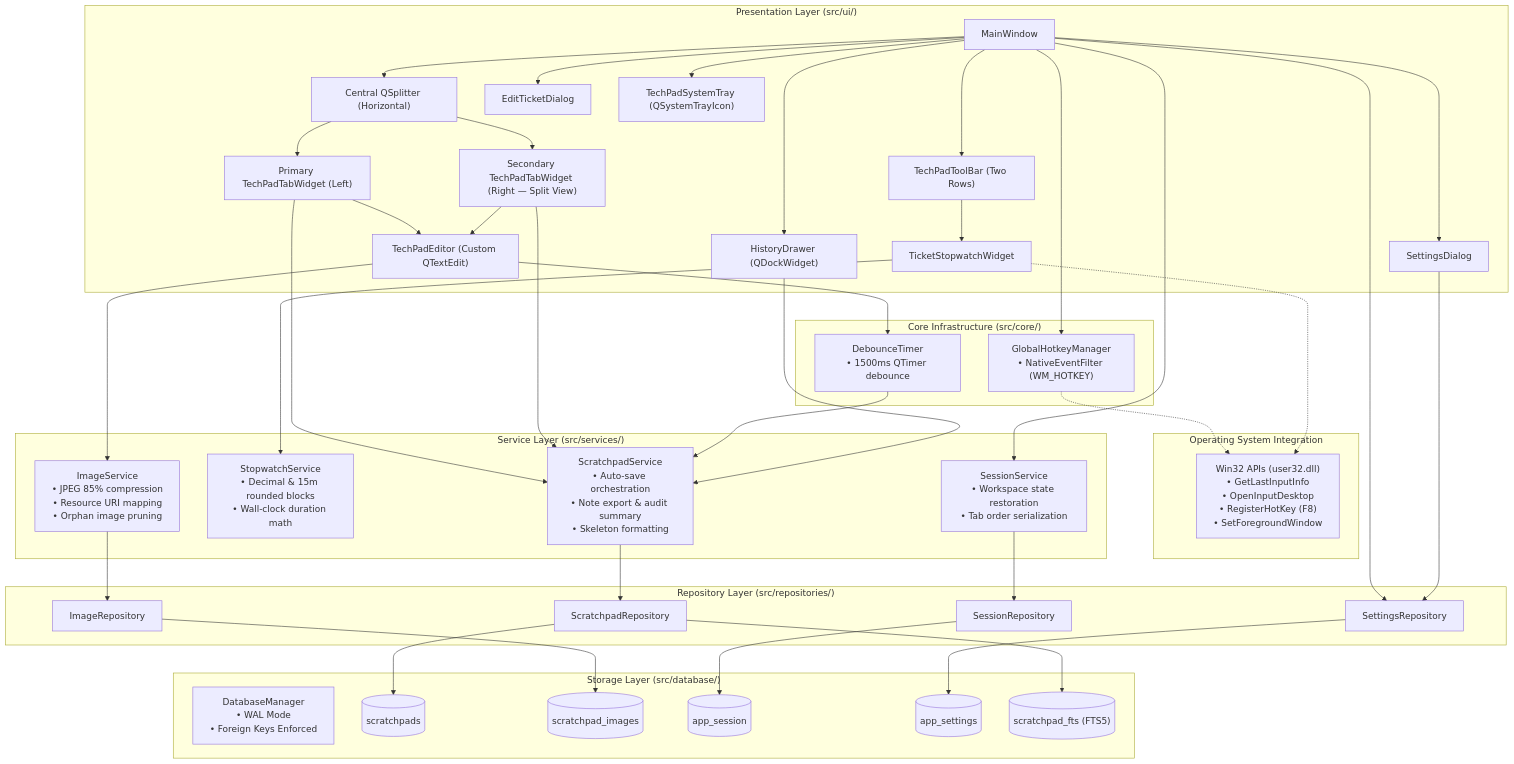
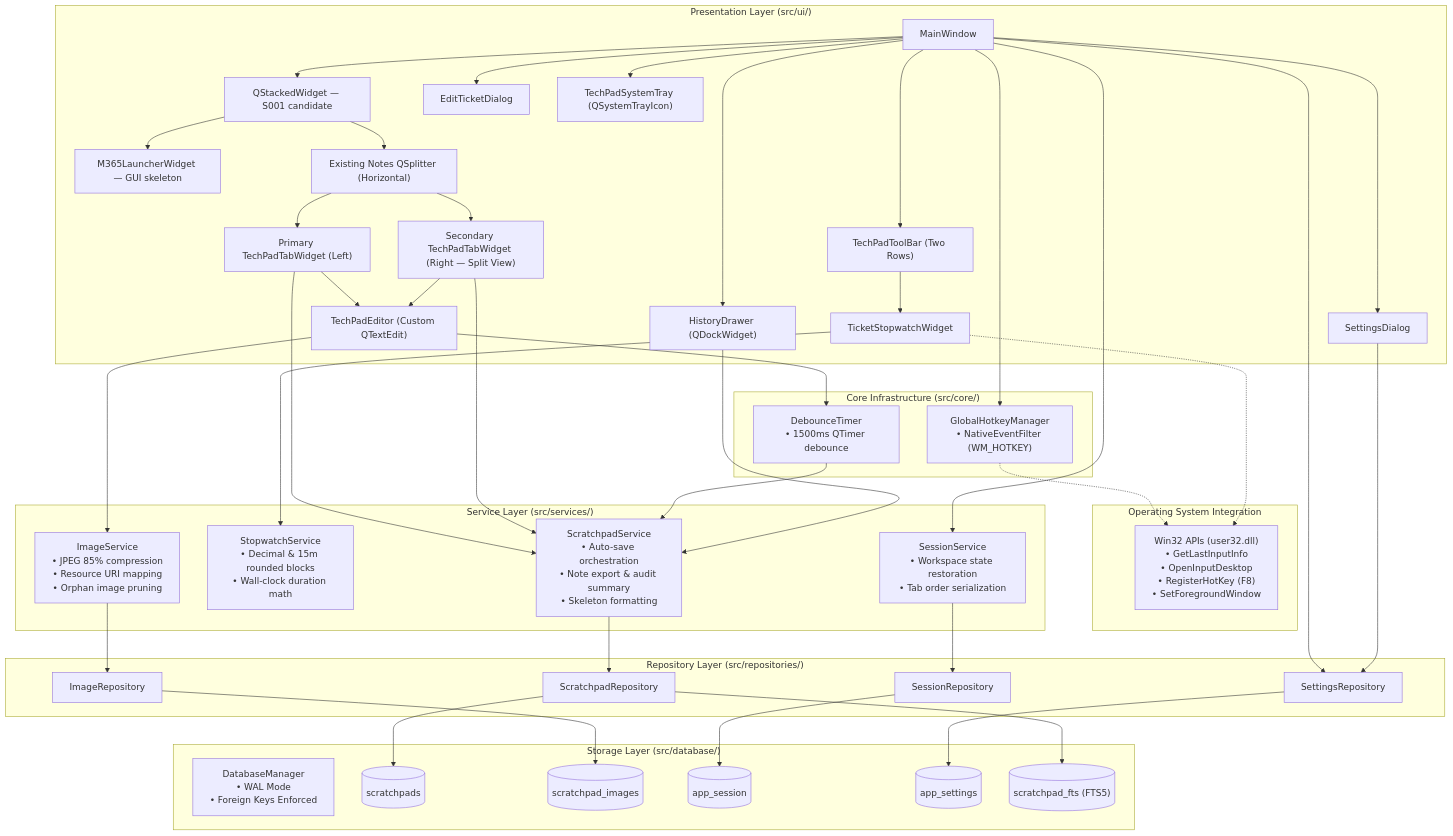
Before and after one commit to JDecelles1990/T-Notes: the diagram in docs/architecture/system-overview.md, drawn with Mermaid. The commit also changed other lines of this file and 11 other files, not shown here.

```diff
--- a/docs/architecture/system-overview.md
+++ b/docs/architecture/system-overview.md
@@ -8,7 +50,9 @@
 flowchart TD
     subgraph Presentation ["Presentation Layer (src/ui/)"]
         MW["MainWindow"]
-        SPLIT["Central QSplitter (Horizontal)"]
+        STACK["QStackedWidget — S001 candidate"]
+        M365["M365LauncherWidget — GUI skeleton"]
+        SPLIT["Existing Notes QSplitter (Horizontal)"]
         TW["Primary TechPadTabWidget (Left)"]
         TW2["Secondary TechPadTabWidget (Right — Split View)"]
         ED["TechPadEditor (Custom QTextEdit)"]
@@ -52,7 +96,9 @@
         T_FTS[("scratchpad_fts (FTS5)")]
     end
 
-    MW --> SPLIT
+    MW --> STACK
+    STACK --> SPLIT
+    STACK --> M365
     SPLIT --> TW
     SPLIT --> TW2
     TW --> ED
```
